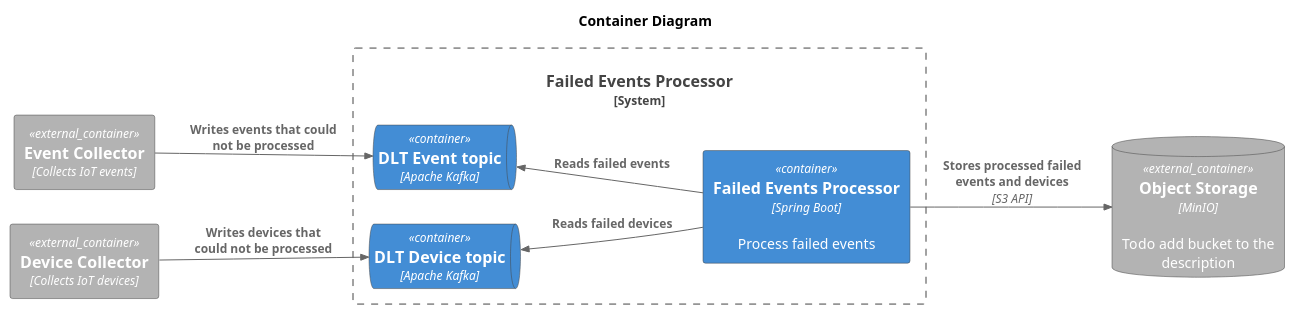
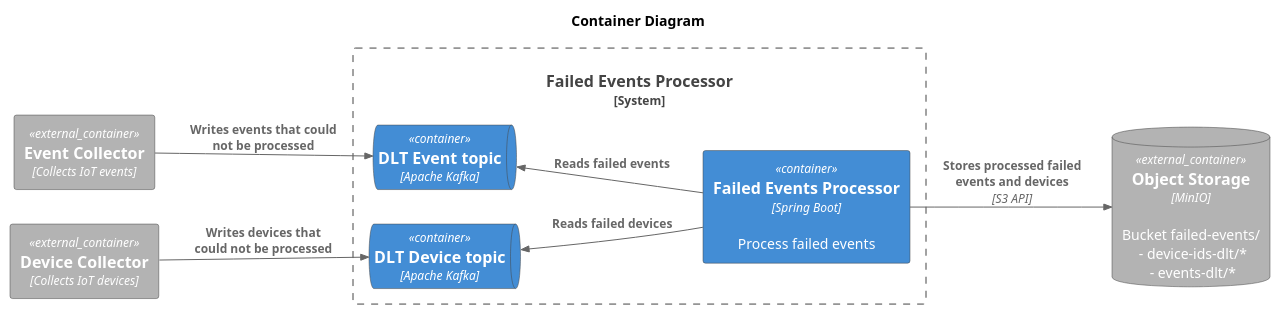
The diagram in failed-events-processor/architecture/diagrams/container.puml (ds-usova/ourcode-iot-platform), drawn with PlantUML before and after one commit. The commit also changed 2 other files, not shown here.

Commit message:
Update failed-events-processor readme

```diff
--- a/failed-events-processor/architecture/diagrams/container.puml
+++ b/failed-events-processor/architecture/diagrams/container.puml
@@ -1,34 +1,34 @@
 @startuml Context
 !include https://raw.githubusercontent.com/plantuml-stdlib/C4-PlantUML/master/C4_Container.puml
 
 LAYOUT_LEFT_RIGHT()
 
 title "Container Diagram"
 
 ' Styles
 UpdateElementStyle("container", $borderColor="#444444")
 UpdateElementStyle("external_container", $borderColor="#444444")
 
 System_Boundary(system, "Failed Events Processor") {
 
     ' Containers
     Container(fep, "Failed Events Processor", "Spring Boot", "Process failed events")
 
     ContainerQueue(devices_dlt_topic, "DLT Device topic", "Apache Kafka")
     ContainerQueue(events_dlt_topic, "DLT Event topic", "Apache Kafka")
 }
 
 ' External containers
 Container_Ext(event_collector, "Event Collector", "Collects IoT events")
 Container_Ext(device_collector, "Device Collector", "Collects IoT devices")
-ContainerDb_Ext(minio, "Object Storage", "MinIO", "Todo add bucket to the description")
+ContainerDb_Ext(minio, "Object Storage", "MinIO", "Bucket failed-events/ \n - device-ids-dlt/* \n - events-dlt/*")
 
 Rel_U(fep, devices_dlt_topic, "Reads failed devices")
 Rel_U(fep, events_dlt_topic, "Reads failed events")
 
 Rel(fep, minio, "Stores processed failed events and devices", "S3 API")
 
 Rel(device_collector, devices_dlt_topic, "Writes devices that could not be processed")
 Rel(event_collector, events_dlt_topic, "Writes events that could not be processed")
 
 @enduml
```
